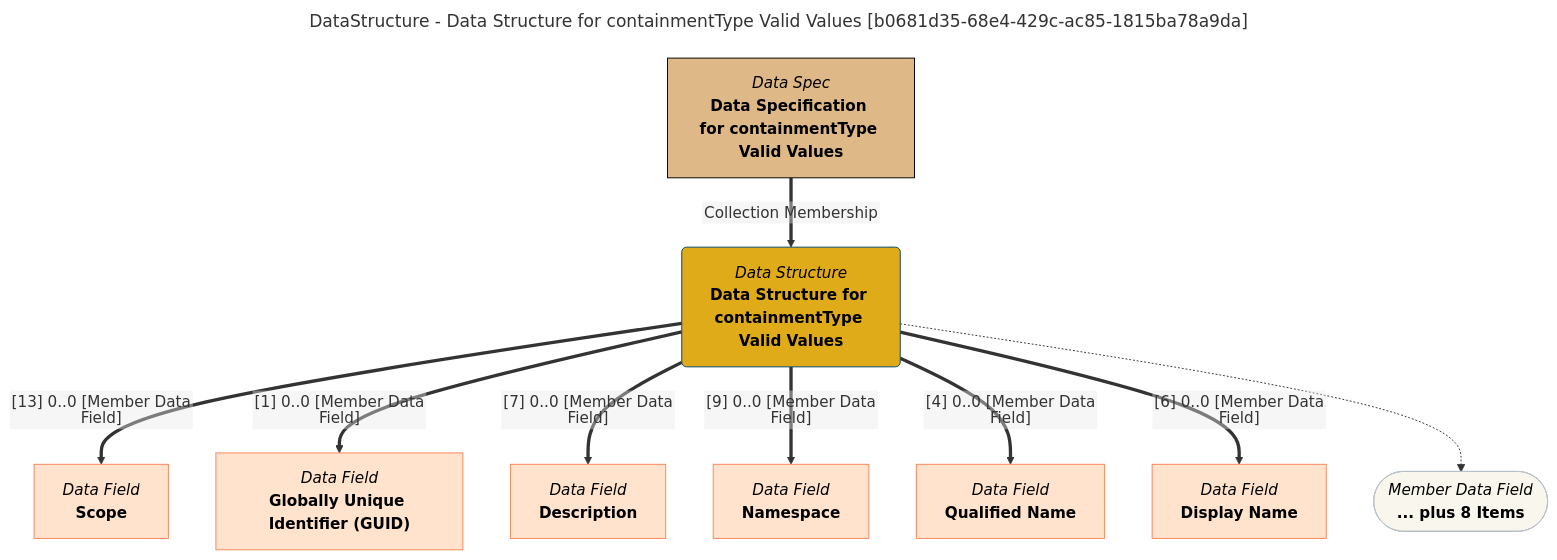
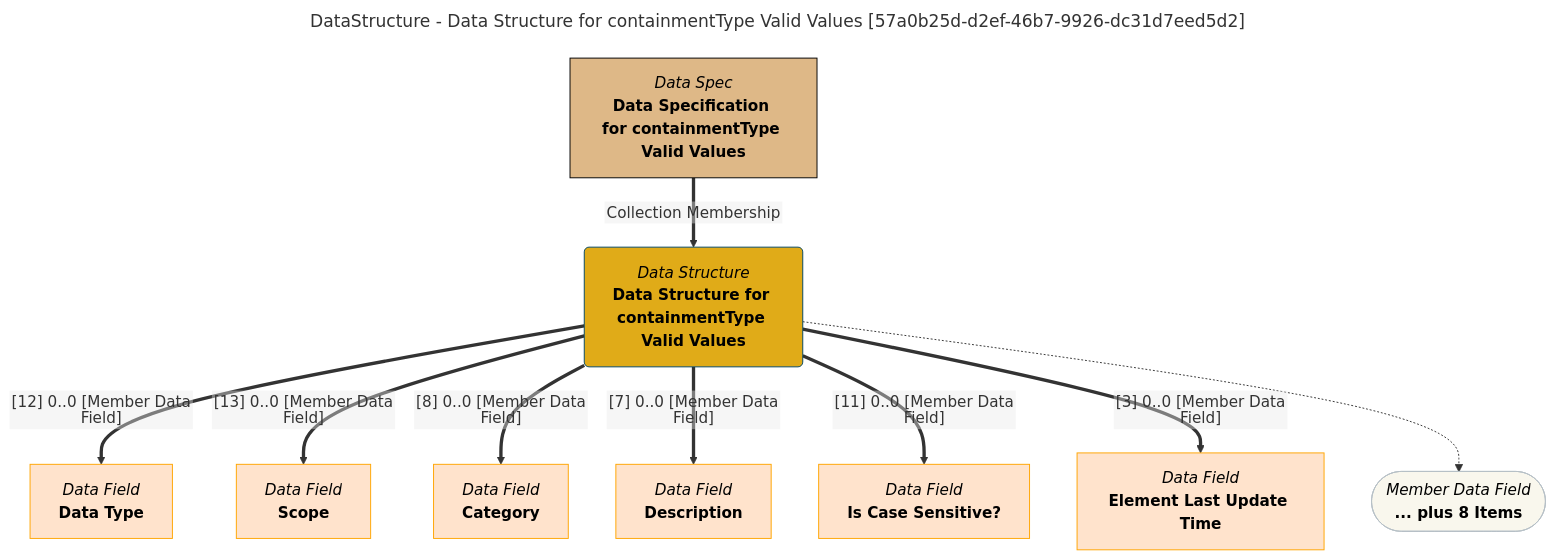
Before and after one commit to odpi/egeria-docs: the diagram in site/snippets/data-structures/data-structure-for-containmenttype-valid-values-mermaid-graph.md, drawn with Mermaid. The commit also changed 2201 other files, not shown here.

````diff
--- a/site/snippets/data-structures/data-structure-for-containmenttype-valid-values-mermaid-graph.md
+++ b/site/snippets/data-structures/data-structure-for-containmenttype-valid-values-mermaid-graph.md
@@ -1,43 +1,43 @@
 ```mermaid
 ---
-title: DataStructure - Data Structure for containmentType Valid Values [b0681d35-68e4-429c-ac85-1815ba78a9da]
+title: DataStructure - Data Structure for containmentType Valid Values [57a0b25d-d2ef-46b7-9926-dc31d7eed5d2]
 ---
 flowchart TD
 %%{init: {"flowchart": {"htmlLabels": false}} }%%
 
 1@{ shape: rounded, label: "*Data Structure*
 **Data Structure for containmentType Valid Values**"}
 2@{ shape: rect, label: "*Data Spec*
 **Data Specification for containmentType Valid Values**"}
 2==>|"Collection Membership"|1
 3@{ shape: rect, label: "*Data Field*
+**Data Type**"}
+1==>|"[12] 0..0 [Member Data Field]"|3
+4@{ shape: rect, label: "*Data Field*
 **Scope**"}
-1==>|"[13] 0..0 [Member Data Field]"|3
-4@{ shape: rect, label: "*Data Field*
-**Globally Unique Identifier (GUID)**"}
-1==>|"[1] 0..0 [Member Data Field]"|4
+1==>|"[13] 0..0 [Member Data Field]"|4
 5@{ shape: rect, label: "*Data Field*
+**Category**"}
+1==>|"[8] 0..0 [Member Data Field]"|5
+6@{ shape: rect, label: "*Data Field*
 **Description**"}
-1==>|"[7] 0..0 [Member Data Field]"|5
-6@{ shape: rect, label: "*Data Field*
-**Namespace**"}
-1==>|"[9] 0..0 [Member Data Field]"|6
+1==>|"[7] 0..0 [Member Data Field]"|6
 7@{ shape: rect, label: "*Data Field*
-**Qualified Name**"}
-1==>|"[4] 0..0 [Member Data Field]"|7
+**Is Case Sensitive?**"}
+1==>|"[11] 0..0 [Member Data Field]"|7
 8@{ shape: rect, label: "*Data Field*
-**Display Name**"}
-1==>|"[6] 0..0 [Member Data Field]"|8
+**Element Last Update Time**"}
+1==>|"[3] 0..0 [Member Data Field]"|8
 9@{ shape: stadium, label: "*Member Data Field*
 **... plus 8 Items**"}
 1-.->9
 style 1 color:#000000, fill:#e0ab18, stroke:#004563
-style 2 color:#000000, fill:#deb887, stroke:#000000
-style 3 color:#000000, fill:#ffe3cc, stroke:#f9845b
-style 4 color:#000000, fill:#ffe3cc, stroke:#f9845b
-style 5 color:#000000, fill:#ffe3cc, stroke:#f9845b
-style 6 color:#000000, fill:#ffe3cc, stroke:#f9845b
-style 7 color:#000000, fill:#ffe3cc, stroke:#f9845b
-style 8 color:#000000, fill:#ffe3cc, stroke:#f9845b
+style 2 color:#000000, fill:#DEB887, stroke:#000000
+style 3 color:#000000, fill:#ffe3cc, stroke:#FFA500
+style 4 color:#000000, fill:#ffe3cc, stroke:#FFA500
+style 5 color:#000000, fill:#ffe3cc, stroke:#FFA500
+style 6 color:#000000, fill:#ffe3cc, stroke:#FFA500
+style 7 color:#000000, fill:#ffe3cc, stroke:#FFA500
+style 8 color:#000000, fill:#ffe3cc, stroke:#FFA500
 style 9 color:#000000, fill:#F9F7ED, stroke:#b7c0c7
 ```
````
